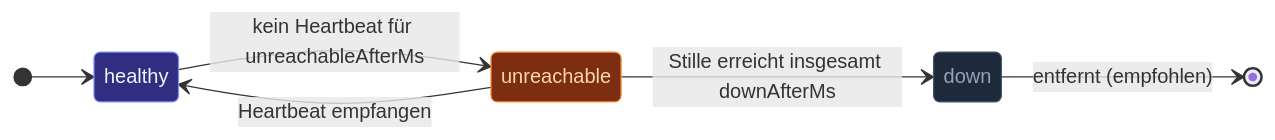
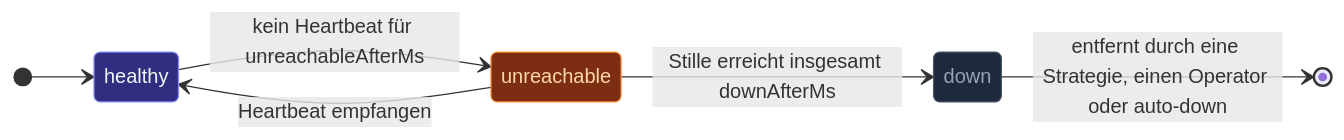
One commit to pathosDev/actor-ts changed the first of 2 diagrams in docs/src/content/docs/de/cluster/failure-detector.mdx. Above: the diagram before and after it, drawn with Mermaid. The commit also changed other lines of this file and 5 other files, not shown here.

````diff
--- a/docs/src/content/docs/de/cluster/failure-detector.mdx
+++ b/docs/src/content/docs/de/cluster/failure-detector.mdx
@@ -10,15 +10,15 @@
 ```mermaid
 stateDiagram-v2
   direction LR
   [*] --> healthy
   healthy --> unreachable: kein Heartbeat für unreachableAfterMs
   unreachable --> healthy: Heartbeat empfangen
   unreachable --> down: Stille erreicht insgesamt downAfterMs
-  down --> [*]: entfernt (empfohlen)
+  down --> [*]: entfernt durch eine Strategie, einen Operator oder auto-down
   classDef ok   fill:#312e81,stroke:#818cf8,color:#f1f5f9;
   classDef warn fill:#7c2d12,stroke:#fb923c,color:#fed7aa;
   classDef gone fill:#1e293b,stroke:#475569,color:#94a3b8;
   class healthy ok
   class unreachable warn
   class down gone
 ```
````
